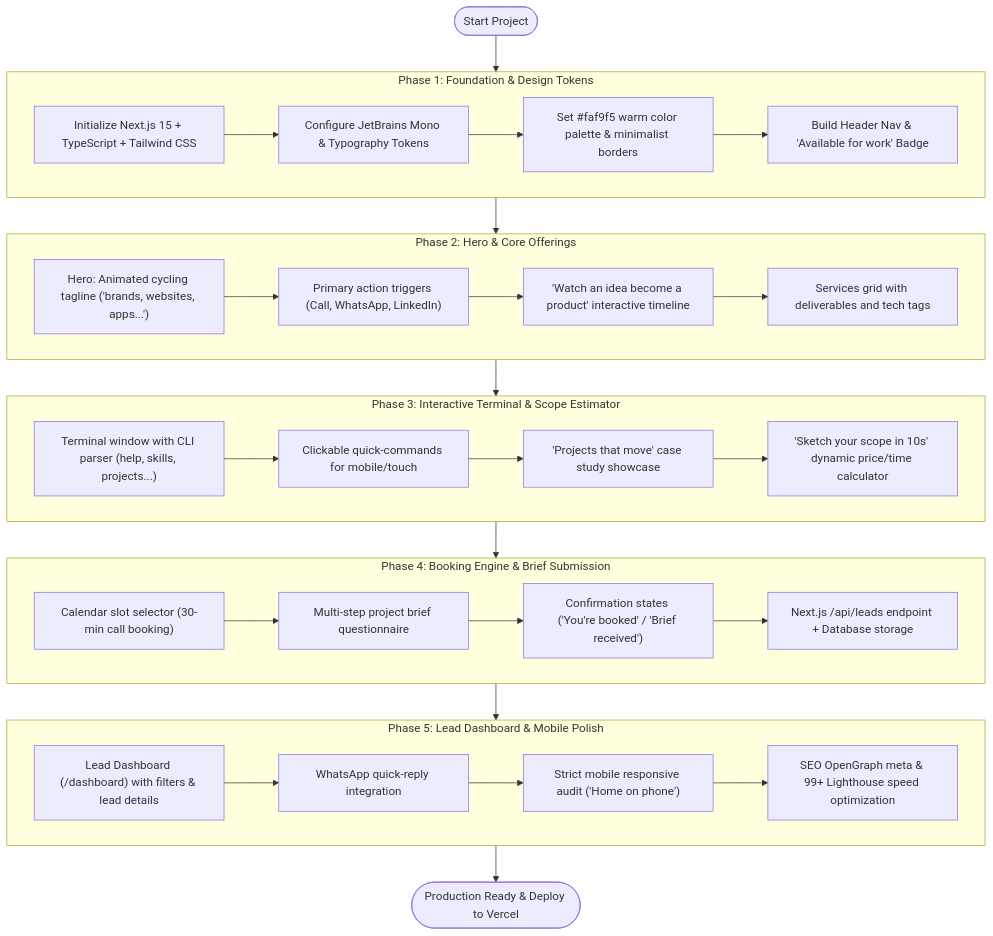
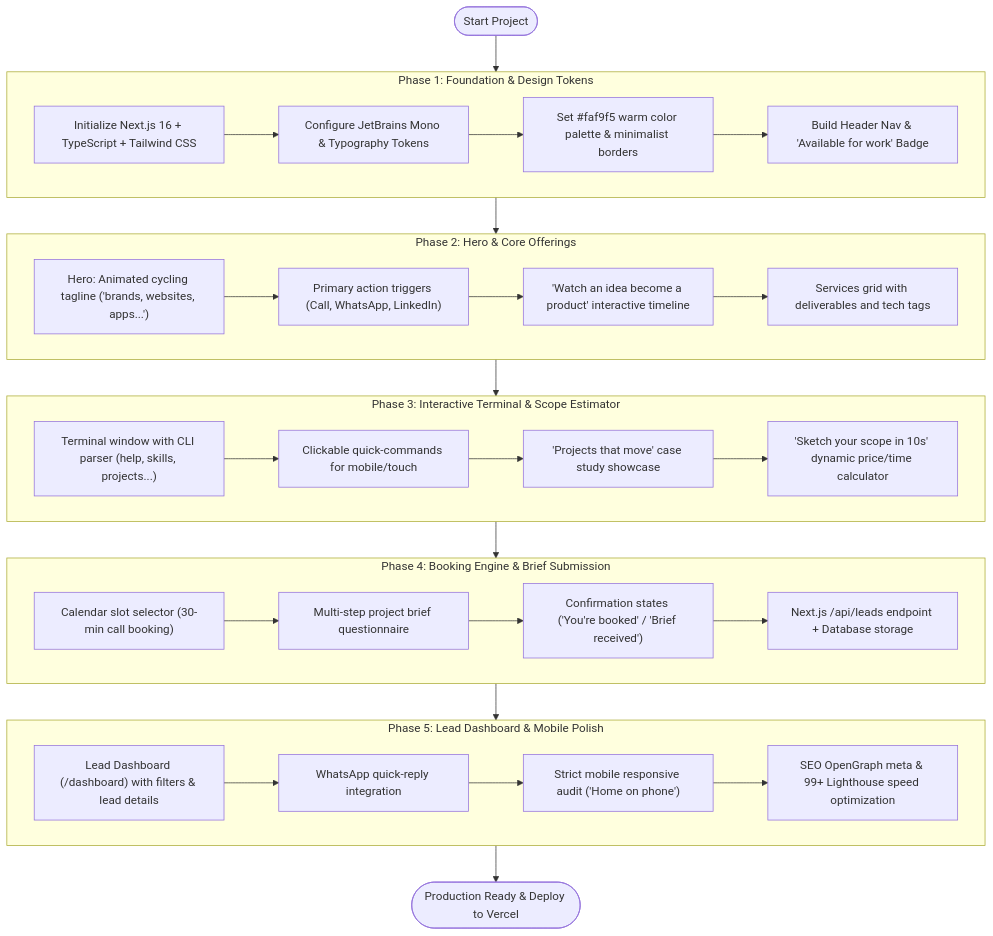
Before and after one commit to SakethGoljana/saketh-portfolio: the second of 2 diagrams in PROGRESS.md, drawn with Mermaid. The commit also changed other lines of this file and 32 other files, not shown here.

````diff
--- a/PROGRESS.md
+++ b/PROGRESS.md
@@ -66,54 +66,54 @@
 ```mermaid
 flowchart TD
     Start(["Start Project"]) --> P1
 
     subgraph P1["Phase 1: Foundation & Design Tokens"]
-        P1_1["Initialize Next.js 15 + TypeScript + Tailwind CSS"]
+        P1_1["Initialize Next.js 16 + TypeScript + Tailwind CSS"]
         P1_2["Configure JetBrains Mono & Typography Tokens"]
         P1_3["Set #faf9f5 warm color palette & minimalist borders"]
         P1_4["Build Header Nav & 'Available for work' Badge"]
         P1_1 --> P1_2 --> P1_3 --> P1_4
     end
 
     P1 --> P2
 
     subgraph P2["Phase 2: Hero & Core Offerings"]
         P2_1["Hero: Animated cycling tagline ('brands, websites, apps...')"]
         P2_2["Primary action triggers (Call, WhatsApp, LinkedIn)"]
         P2_3["'Watch an idea become a product' interactive timeline"]
         P2_4["Services grid with deliverables and tech tags"]
         P2_1 --> P2_2 --> P2_3 --> P2_4
     end
 
     P2 --> P3
 
     subgraph P3["Phase 3: Interactive Terminal & Scope Estimator"]
         P3_1["Terminal window with CLI parser (help, skills, projects...)"]
         P3_2["Clickable quick-commands for mobile/touch"]
         P3_3["'Projects that move' case study showcase"]
         P3_4["'Sketch your scope in 10s' dynamic price/time calculator"]
         P3_1 --> P3_2 --> P3_3 --> P3_4
     end
 
     P3 --> P4
 
     subgraph P4["Phase 4: Booking Engine & Brief Submission"]
         P4_1["Calendar slot selector (30-min call booking)"]
         P4_2["Multi-step project brief questionnaire"]
         P4_3["Confirmation states ('You're booked' / 'Brief received')"]
         P4_4["Next.js /api/leads endpoint + Database storage"]
         P4_1 --> P4_2 --> P4_3 --> P4_4
     end
 
     P4 --> P5
 
     subgraph P5["Phase 5: Lead Dashboard & Mobile Polish"]
         P5_1["Lead Dashboard (/dashboard) with filters & lead details"]
         P5_2["WhatsApp quick-reply integration"]
         P5_3["Strict mobile responsive audit ('Home on phone')"]
         P5_4["SEO OpenGraph meta & 99+ Lighthouse speed optimization"]
         P5_1 --> P5_2 --> P5_3 --> P5_4
     end
 
     P5 --> Finish(["Production Ready & Deploy to Vercel"])
 ```
````
